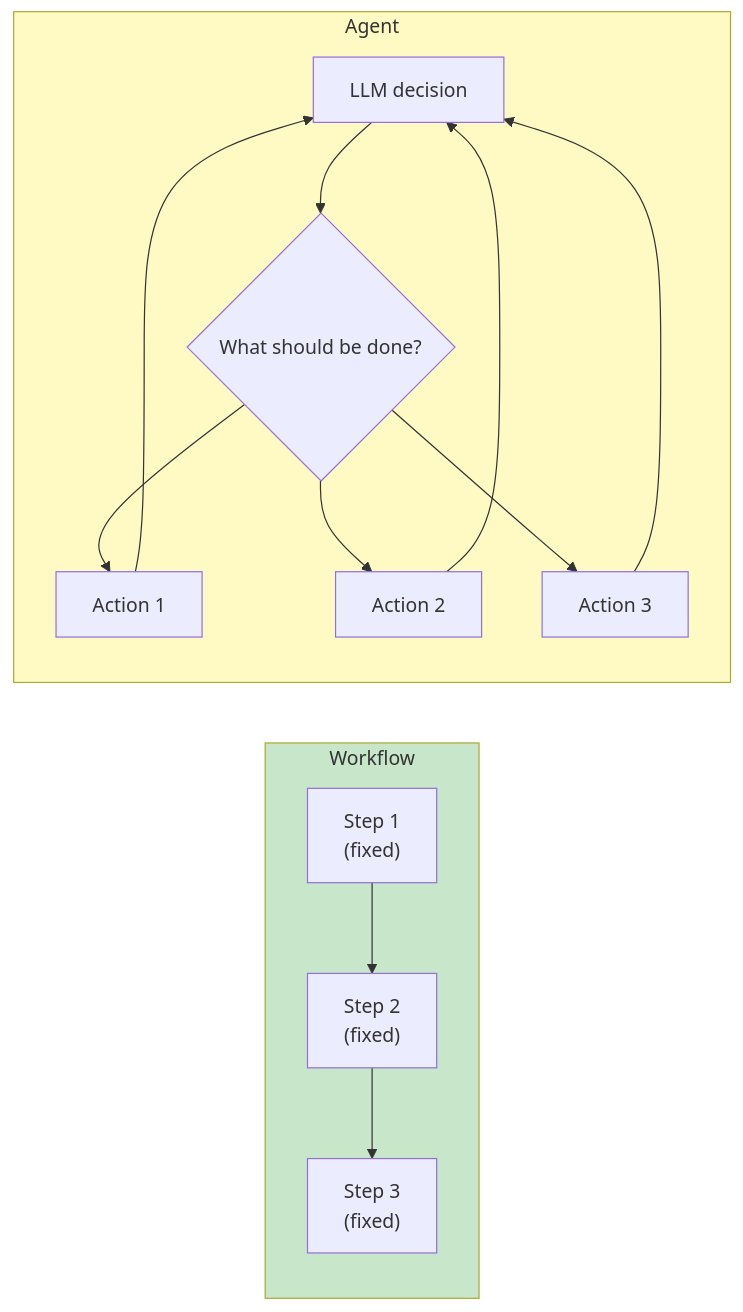
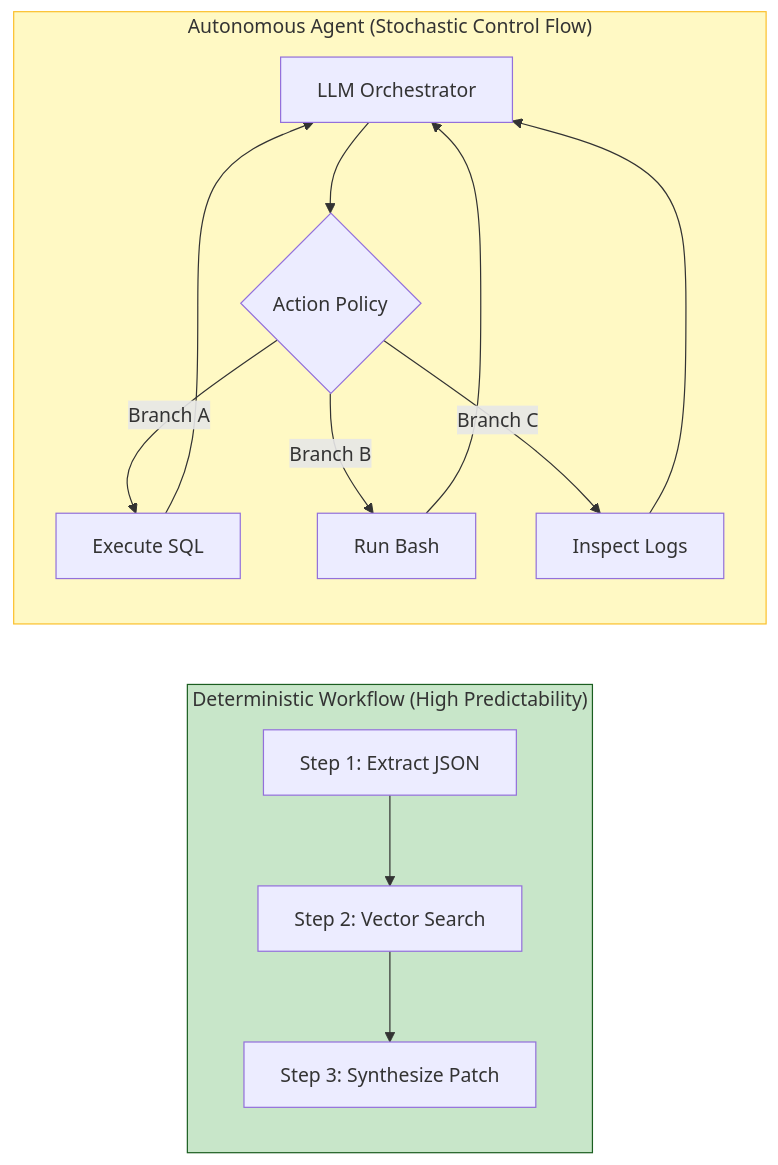
One commit to yingwang/thinking-in-llm changed the sixth of 8 diagrams in en/chapters/11-agents.md. Above: the diagram before and after it, drawn with Mermaid. The commit also changed other lines of this file and 31 other files, not shown here.

````diff
--- a/en/chapters/11-agents.md
+++ b/en/chapters/11-agents.md
@@ -460,18 +347,20 @@
 ```mermaid
 flowchart LR
-    subgraph WF["Workflow"]
-        W1["Step 1<br>(fixed)"] --> W2["Step 2<br>(fixed)"] --> W3["Step 3<br>(fixed)"]
-    end
-    subgraph AG["Agent"]
-        A1["LLM decision"] --> A2{"What should be done?"}
-        A2 --> Aa["Action 1"]
-        A2 --> Ab["Action 2"]
-        A2 --> Ac["Action 3"]
-        Aa --> A1
-        Ab --> A1
-        Ac --> A1
+    subgraph Workflow["Deterministic Workflow (High Predictability)"]
+        W1["Step 1: Extract JSON"] --> W2["Step 2: Vector Search"]
+        W2 --> W3["Step 3: Synthesize Patch"]
     end
 
-    style WF fill:#c8e6c9
-    style AG fill:#fff9c4
+    subgraph Agent["Autonomous Agent (Stochastic Control Flow)"]
+        A1["LLM Orchestrator"] --> A2{"Action Policy"}
+        A2 -->|Branch A| Act1["Execute SQL"]
+        A2 -->|Branch B| Act2["Run Bash"]
+        A2 -->|Branch C| Act3["Inspect Logs"]
+        Act1 --> A1
+        Act2 --> A1
+        Act3 --> A1
+    end
+
+    style Workflow fill:#c8e6c9,stroke:#1b5e20
+    style Agent fill:#fff9c4,stroke:#fbc02d
 ```
````
